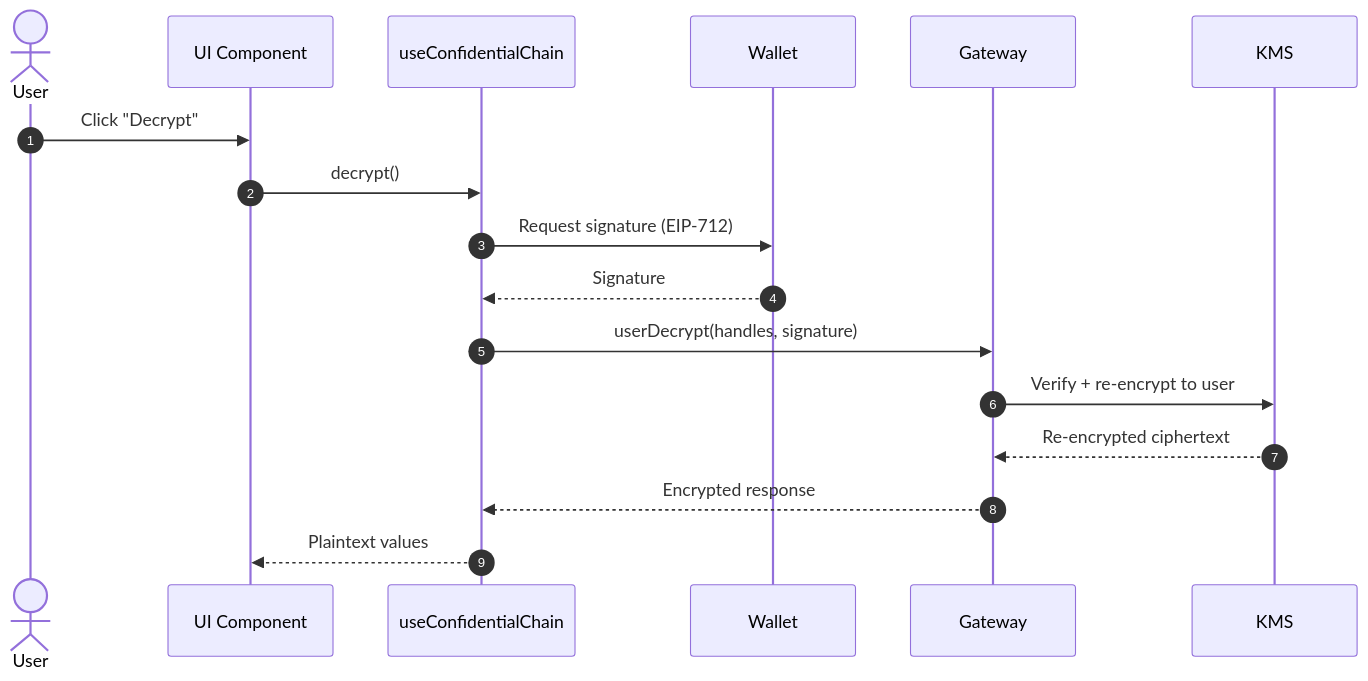
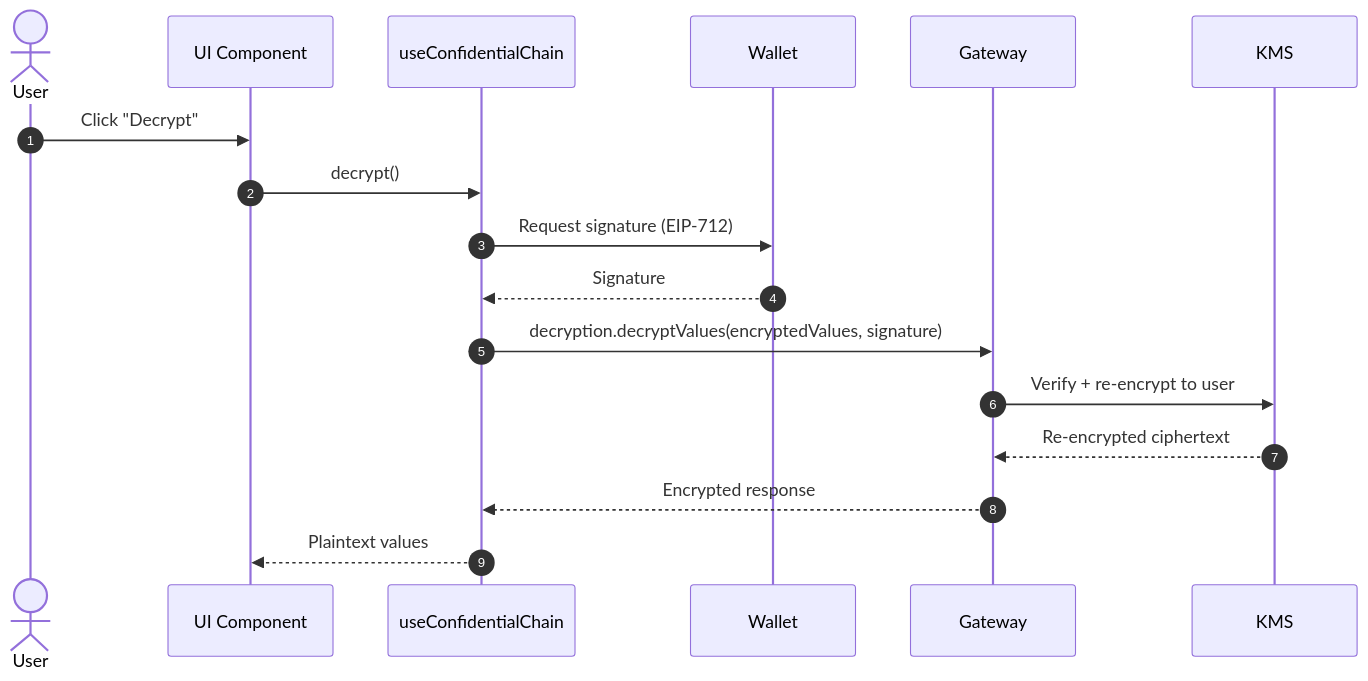
The eighth of 9 diagrams in docs/(architecture)/web3-architecture.md (gustavovalverde/zentity), drawn with Mermaid before and after one commit. The commit also changed other lines of this file and 78 other files, not shown here.

````diff
--- a/docs/(architecture)/web3-architecture.md
+++ b/docs/(architecture)/web3-architecture.md
@@ -361,20 +361,20 @@
 ```mermaid
 sequenceDiagram
   autonumber
   actor User
   participant C as UI Component
   participant H as useConfidentialChain
   participant W as Wallet
   participant G as Gateway
   participant K as KMS
 
   User->>C: Click "Decrypt"
   C->>H: decrypt()
   H->>W: Request signature (EIP-712)
   W-->>H: Signature
-  H->>G: userDecrypt(handles, signature)
+  H->>G: decryption.decryptValues(encryptedValues, signature)
   G->>K: Verify + re-encrypt to user
   K-->>G: Re-encrypted ciphertext
   G-->>H: Encrypted response
   H-->>C: Plaintext values
 ```
````
